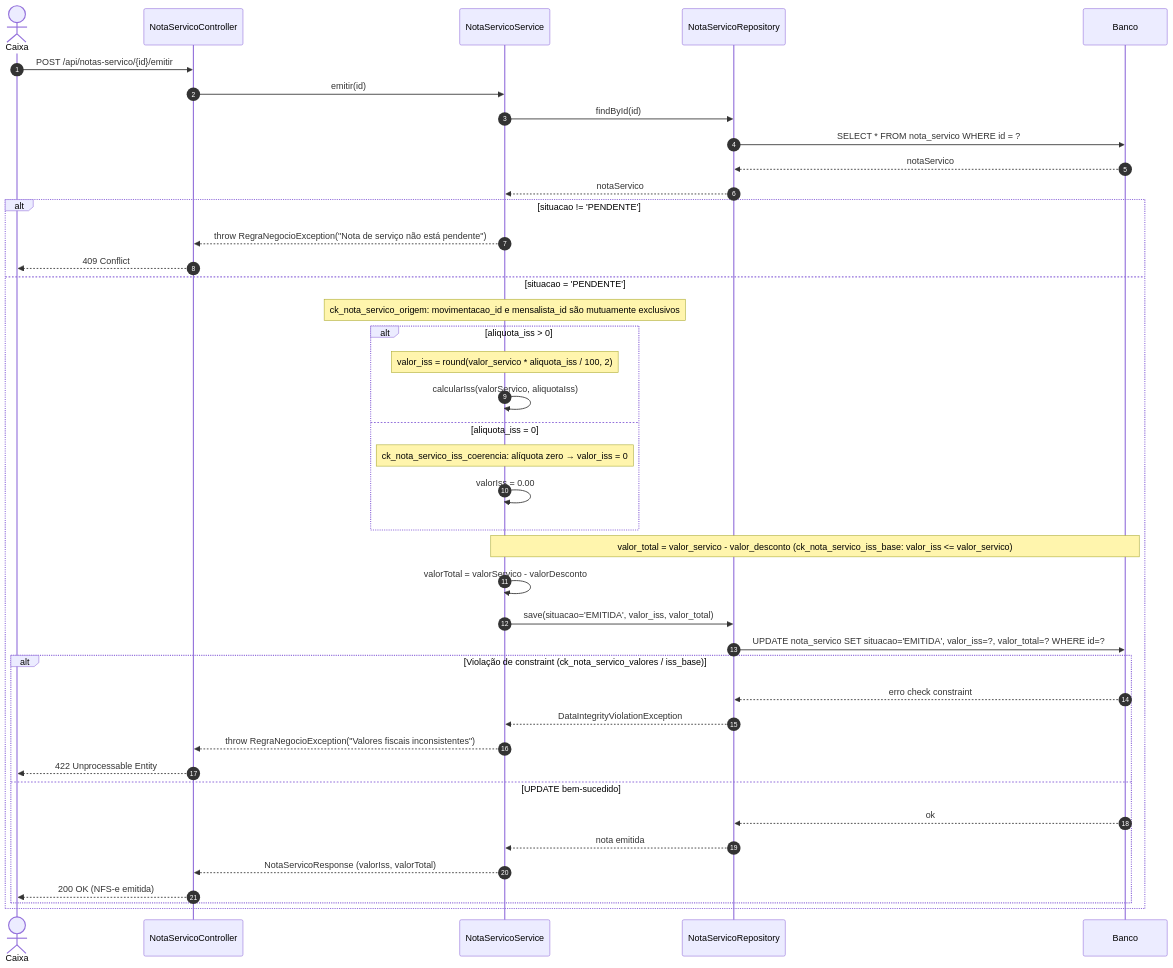
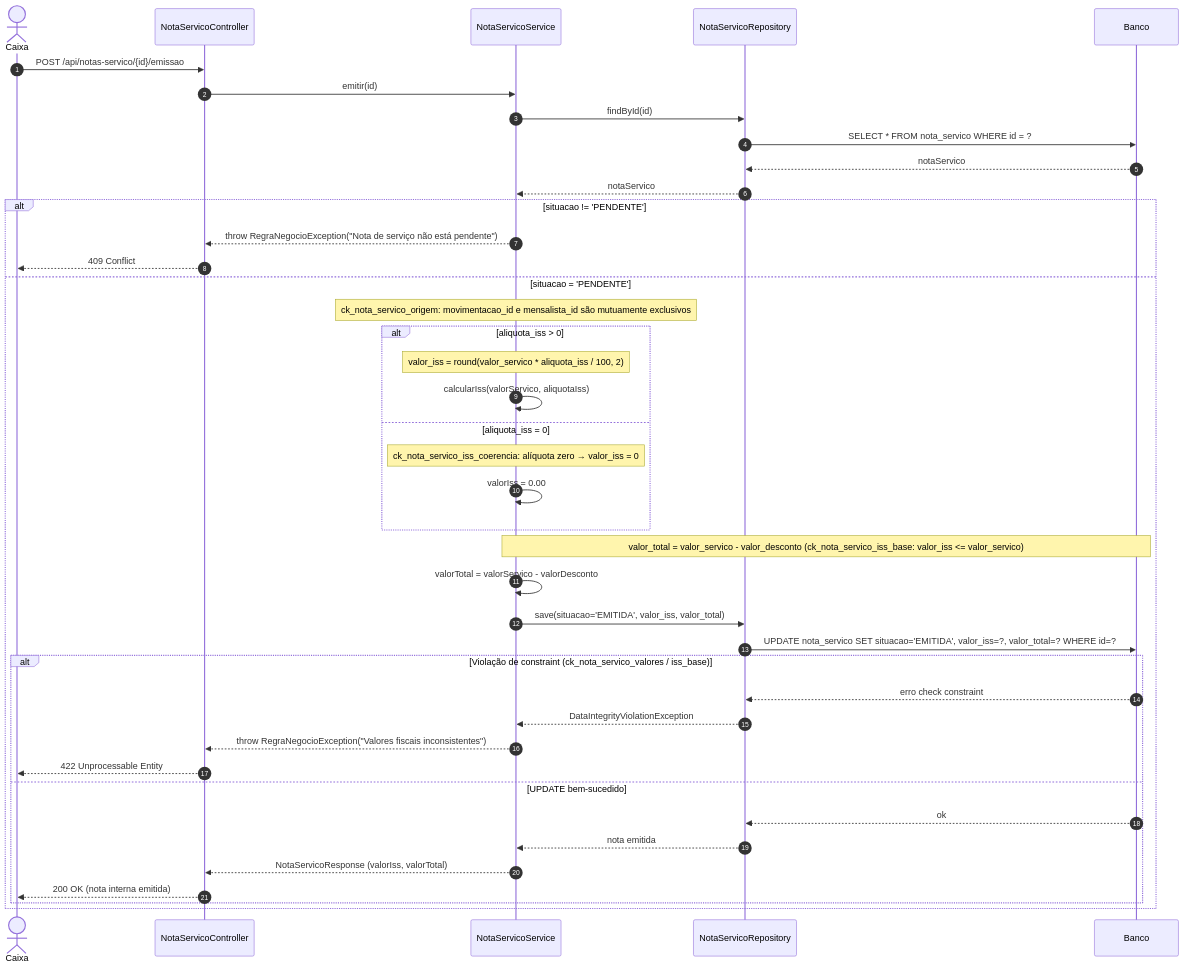
One commit to ilann47/SI__Ilan_Wendling_2026-api changed the sixth of 8 diagrams in docs/especificacao/09-diagramas-sequencia.md. Above: the diagram before and after it, drawn with Mermaid. The commit also changed other lines of this file and 291 other files, not shown here.

````diff
--- a/docs/especificacao/09-diagramas-sequencia.md
+++ b/docs/especificacao/09-diagramas-sequencia.md
@@ -290,48 +233,48 @@
 ```mermaid
 sequenceDiagram
     autonumber
     actor Cx as Caixa
     participant Ctrl as NotaServicoController
     participant Svc as NotaServicoService
     participant Repo as NotaServicoRepository
     participant DB as Banco
 
-    Cx->>Ctrl: POST /api/notas-servico/{id}/emitir
+    Cx->>Ctrl: POST /api/notas-servico/{id}/emissao
     Ctrl->>Svc: emitir(id)
     Svc->>Repo: findById(id)
     Repo->>DB: SELECT * FROM nota_servico WHERE id = ?
     DB-->>Repo: notaServico
     Repo-->>Svc: notaServico
 
     alt situacao != 'PENDENTE'
         Svc-->>Ctrl: throw RegraNegocioException("Nota de serviço não está pendente")
         Ctrl-->>Cx: 409 Conflict
     else situacao = 'PENDENTE'
         Note over Svc: ck_nota_servico_origem: movimentacao_id e mensalista_id são mutuamente exclusivos
 
         alt aliquota_iss > 0
             Note over Svc: valor_iss = round(valor_servico * aliquota_iss / 100, 2)
             Svc->>Svc: calcularIss(valorServico, aliquotaIss)
         else aliquota_iss = 0
             Note over Svc: ck_nota_servico_iss_coerencia: alíquota zero → valor_iss = 0
             Svc->>Svc: valorIss = 0.00
         end
 
         Note over Svc,DB: valor_total = valor_servico - valor_desconto (ck_nota_servico_iss_base: valor_iss <= valor_servico)
         Svc->>Svc: valorTotal = valorServico - valorDesconto
 
         Svc->>Repo: save(situacao='EMITIDA', valor_iss, valor_total)
         Repo->>DB: UPDATE nota_servico SET situacao='EMITIDA', valor_iss=?, valor_total=? WHERE id=?
         alt Violação de constraint (ck_nota_servico_valores / iss_base)
             DB-->>Repo: erro check constraint
             Repo-->>Svc: DataIntegrityViolationException
             Svc-->>Ctrl: throw RegraNegocioException("Valores fiscais inconsistentes")
             Ctrl-->>Cx: 422 Unprocessable Entity
         else UPDATE bem-sucedido
             DB-->>Repo: ok
             Repo-->>Svc: nota emitida
             Svc-->>Ctrl: NotaServicoResponse (valorIss, valorTotal)
-            Ctrl-->>Cx: 200 OK (NFS-e emitida)
+            Ctrl-->>Cx: 200 OK (nota interna emitida)
         end
     end
 ```
````
